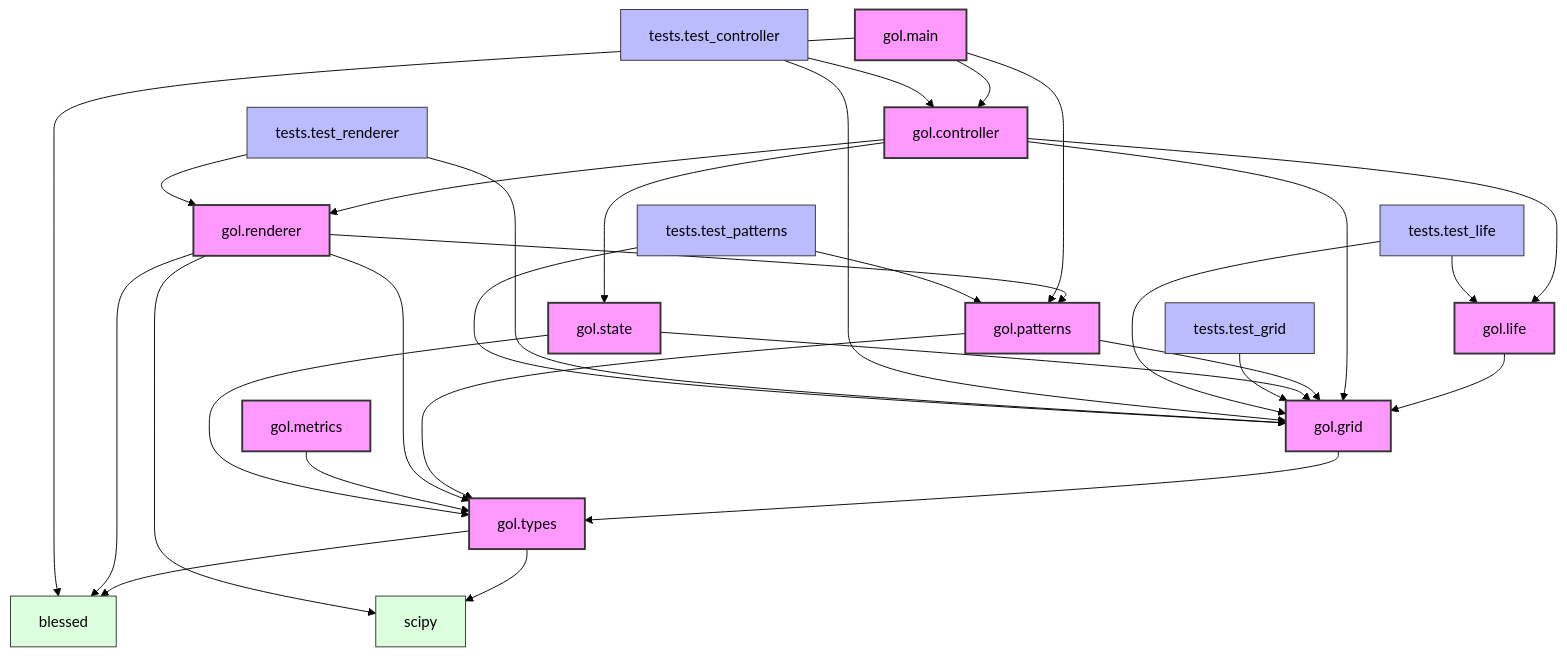
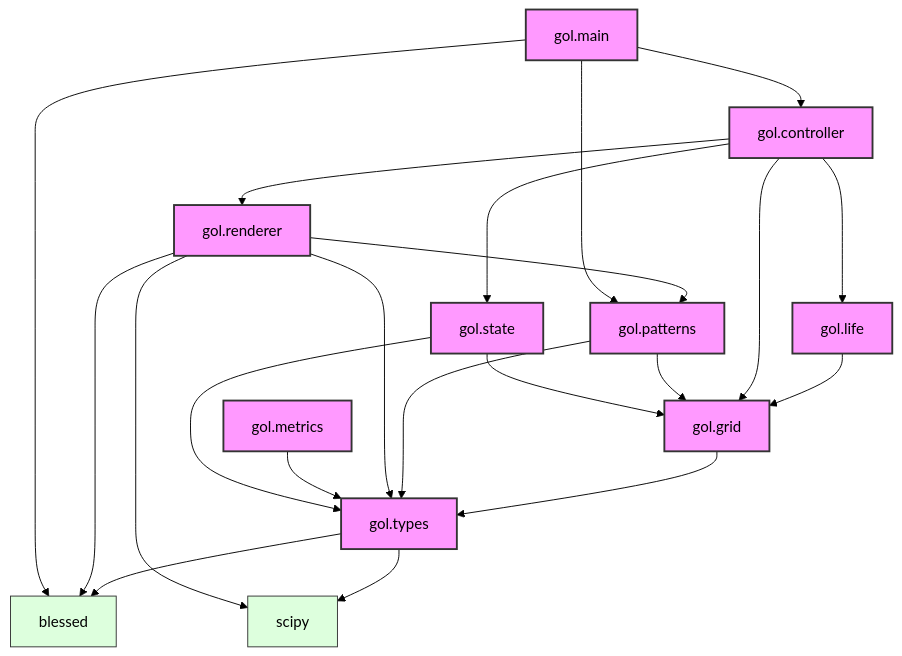
One commit to dewe/py-gol changed the diagram in docs/dependencies.md. Above: the diagram before and after it, drawn with Mermaid (forest theme). The commit also changed other lines of this file, not shown here.

Commit message:
docs(deps): remove test files from dependencies documentation

````diff
--- a/docs/dependencies.md
+++ b/docs/dependencies.md
@@ -9,62 +9,42 @@
 ```mermaid
 graph TD
     %% Core modules
     grid[gol.grid]
     life[gol.life]
     controller[gol.controller]
     main[gol.main]
     renderer[gol.renderer]
     patterns[gol.patterns]
     types[gol.types]
     state[gol.state]
     metrics[gol.metrics]
-
-    %% Test modules
-    test_grid[tests.test_grid]
-    test_life[tests.test_life]
-    test_controller[tests.test_controller]
-    test_renderer[tests.test_renderer]
-    test_patterns[tests.test_patterns]
 
     %% Core dependencies
     types --> blessed[blessed]
     types --> scipy[scipy]
     grid --> types
     life --> grid
     controller --> grid
     controller --> life
     controller --> renderer
     controller --> state
     patterns --> grid
     patterns --> types
     renderer --> types
     renderer --> patterns
     renderer --> blessed
     renderer --> scipy
     main --> controller
     main --> patterns
     main --> blessed
     metrics --> types
     state --> types
     state --> grid
 
-    %% Test dependencies
-    test_grid --> grid
-    test_life --> grid
-    test_life --> life
-    test_controller --> grid
-    test_controller --> controller
-    test_renderer --> grid
-    test_renderer --> renderer
-    test_patterns --> grid
-    test_patterns --> patterns
-
     %% Styling
     classDef core fill:#f9f,stroke:#333,stroke-width:2px;
-    classDef test fill:#bbf,stroke:#333,stroke-width:1px;
     classDef external fill:#dfd,stroke:#333,stroke-width:1px;
     
     class grid,life,controller,main,renderer,patterns,types,state,metrics core;
-    class test_grid,test_life,test_controller,test_renderer,test_patterns test;
     class scipy,blessed external;
 ```
````
